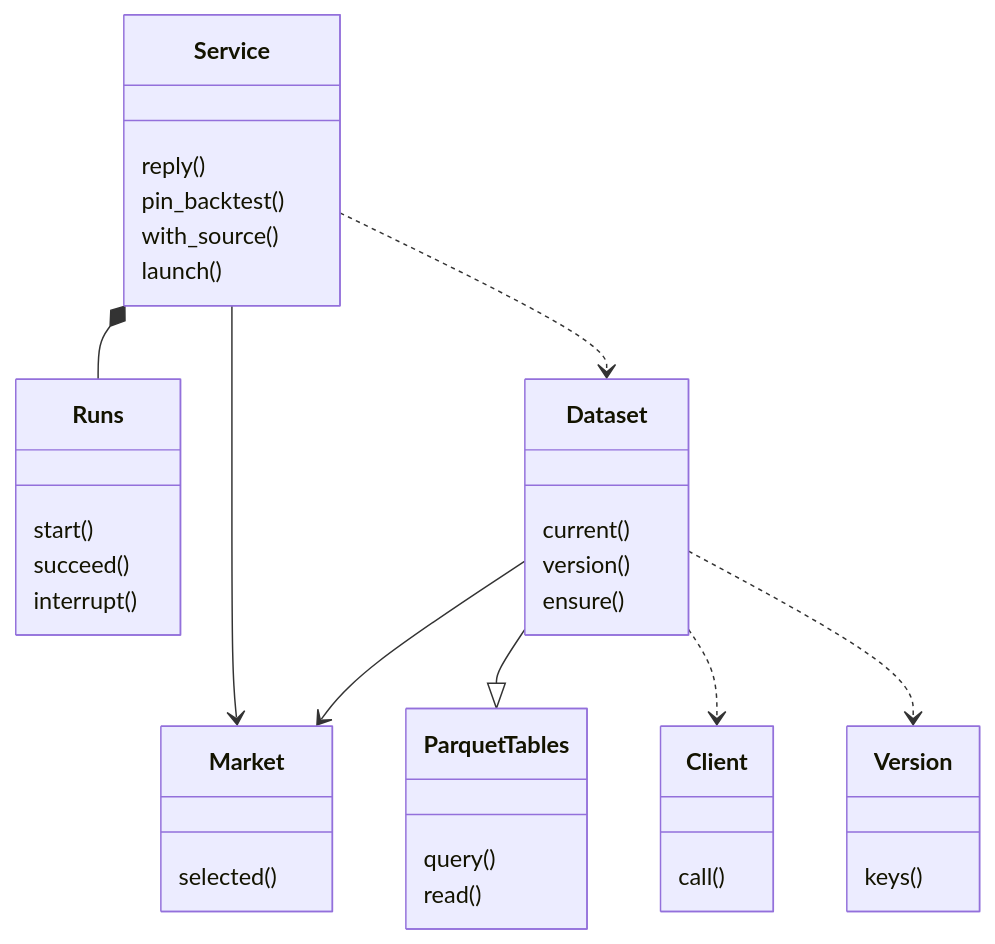
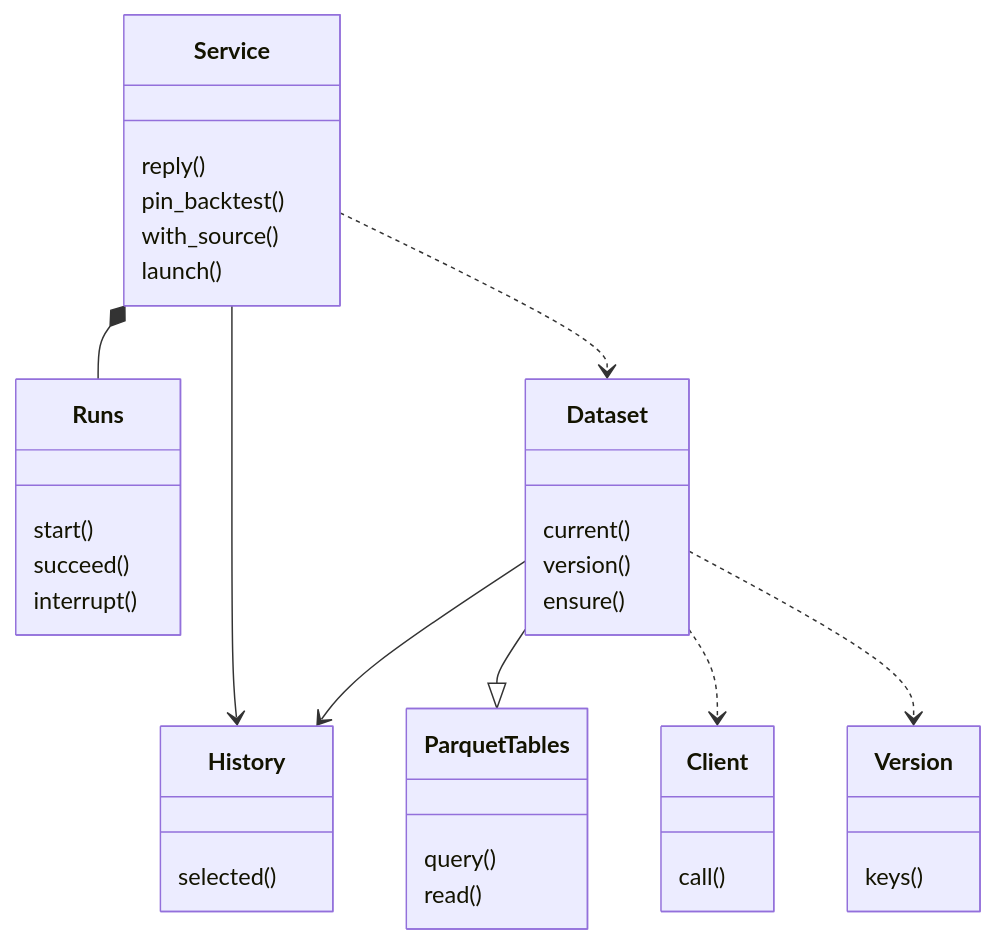
One commit to isqiwen/asterion-terminal changed the second of 3 diagrams in docs/lab/architecture.md. Above: the diagram before and after it, drawn with Mermaid. The commit also changed other lines of this file and 230 other files, not shown here.

First line of the commit message:
M3.85: rename Market to History

````diff
--- a/docs/lab/architecture.md
+++ b/docs/lab/architecture.md
@@ -33,39 +33,39 @@
 ```mermaid
 classDiagram
     class Service {
         reply()
         pin_backtest()
         with_source()
         launch()
     }
     class Runs {
         start()
         succeed()
         interrupt()
     }
-    class Market {
+    class History {
         selected()
     }
     class Dataset {
         current()
         version()
         ensure()
     }
     class Client {
         call()
     }
     class Version {
         keys()
     }
     class ParquetTables {
         query()
         read()
     }
     Service *-- Runs
-    Service --> Market
+    Service --> History
     Service ..> Dataset
     Dataset --|> ParquetTables
-    Dataset --> Market
+    Dataset --> History
     Dataset ..> Client
     Dataset ..> Version
 ```
````
